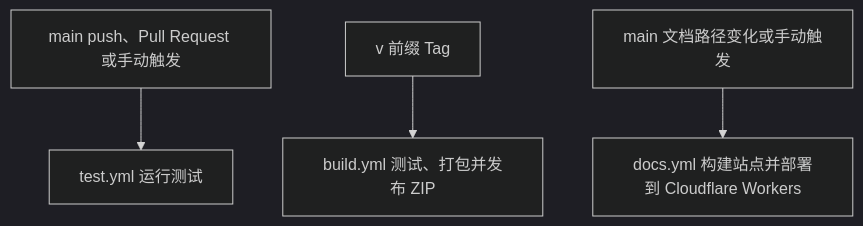
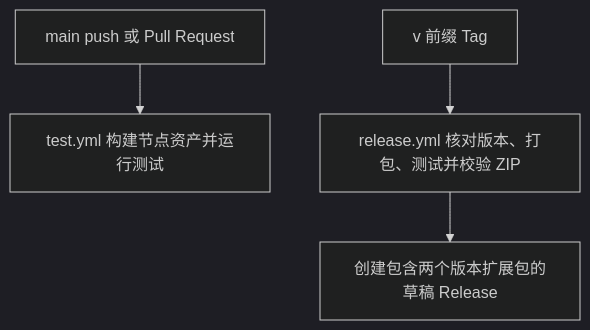
The diagram in docs/develop/development.md (OmooLab/AnyImage), drawn with Mermaid (dark theme) before and after one commit. The commit also changed other lines of this file and 121 other files, not shown here.

````diff
--- a/docs/develop/development.md
+++ b/docs/develop/development.md
@@ -44,6 +45,6 @@
 ```mermaid
 flowchart TD
-    A[main push、Pull Request 或手动触发] --> B[test.yml 运行测试]
-    C[v 前缀 Tag] --> D[build.yml 测试、打包并发布 ZIP]
-    E[main 文档路径变化或手动触发] --> F[docs.yml 构建站点并部署到 Cloudflare Workers]
+    A[main push 或 Pull Request] --> B[test.yml 构建节点资产并运行测试]
+    C[v 前缀 Tag] --> D[release.yml 核对版本、打包、测试并校验 ZIP]
+    D --> E[创建包含两个版本扩展包的草稿 Release]
 ```
````
